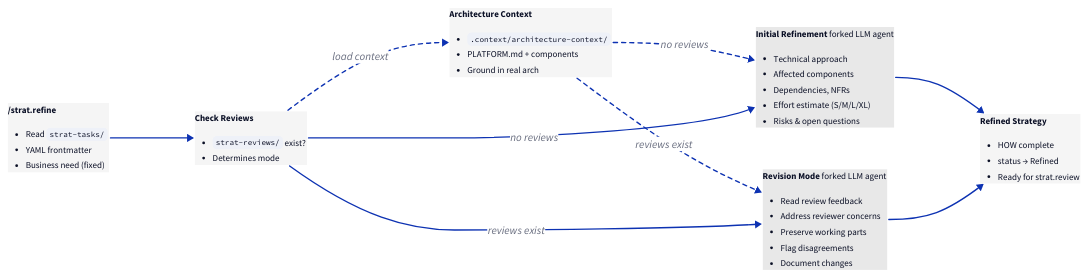
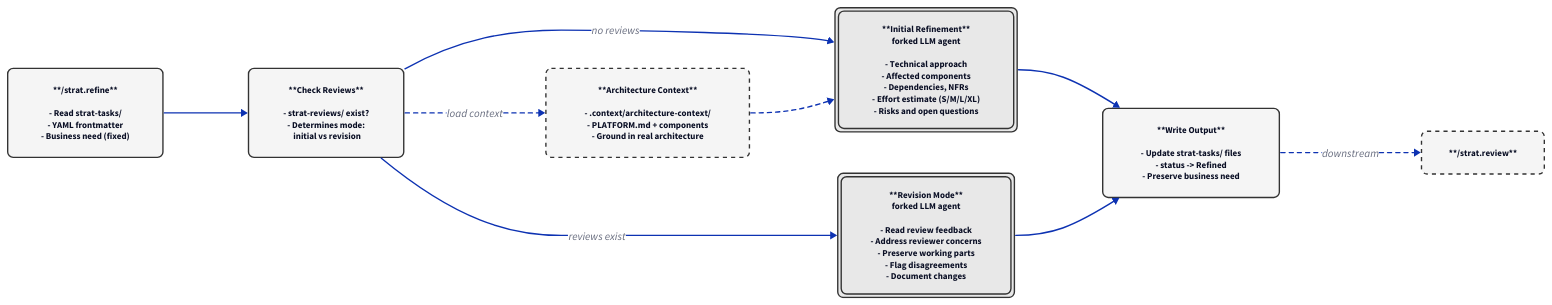
One commit to opendatahub-io/skills-registry changed the diagram in site/docs/plugins/rfe-creator/strat.refine.d2. Above: the diagram before and after it, drawn with D2. The commit also changed 35 other files, not shown here.

First line of the commit message:
Regenerate all rfe-creator diagrams with Unicode fix

```diff
--- a/site/docs/plugins/rfe-creator/strat.refine.d2
+++ b/site/docs/plugins/rfe-creator/strat.refine.d2
@@ -1,80 +1,139 @@
 direction: right
 
 *.style.border-radius: 8
 *.style.font-size: 13
+*.style.fill: "#f5f5f5"
+*.style.stroke: "#333333"
 
 # --- Entry ---
 
 entry: |md
   **/strat.refine**
 
-  - Read `strat-tasks/`
+  - Read strat-tasks/
   - YAML frontmatter
   - Business need (fixed)
-| {style.fill: "#f5f5f5"; style.stroke: "#333333"; style.stroke-width: 2}
+| {
+  shape: rectangle
+  style.fill: "#f5f5f5"
+  style.stroke: "#333333"
+  style.stroke-width: 2
+}
 
 # --- Check for prior reviews ---
 
 check-reviews: |md
   **Check Reviews**
 
-  - `strat-reviews/` exist?
-  - Determines mode
-| {style.fill: "#f5f5f5"; style.stroke: "#333333"; style.stroke-width: 2}
+  - strat-reviews/ exist?
+  - Determines mode:
+    initial vs revision
+| {
+  shape: rectangle
+  style.fill: "#f5f5f5"
+  style.stroke: "#333333"
+  style.stroke-width: 2
+}
 
-# --- Architecture context (optional) ---
+# --- Architecture context ---
 
 arch-context: |md
   **Architecture Context**
 
-  - `.context/architecture-context/`
+  - .context/architecture-context/
   - PLATFORM.md + components
-  - Ground in real arch
-| {style.fill: "#f5f5f5"; style.stroke: "#333333"; style.stroke-width: 1; style.stroke-dash: 3}
+  - Ground in real architecture
+| {
+  shape: rectangle
+  style.fill: "#f5f5f5"
+  style.stroke: "#333333"
+  style.stroke-width: 2
+  style.stroke-dash: 3
+}
 
 # --- Initial refinement ---
 
 initial: |md
   **Initial Refinement**
   forked LLM agent
 
   - Technical approach
   - Affected components
   - Dependencies, NFRs
   - Effort estimate (S/M/L/XL)
-  - Risks & open questions
-| {style.fill: "#e8e8e8"; style.stroke: "#333333"; style.stroke-width: 2}
+  - Risks and open questions
+| {
+  shape: rectangle
+  style.fill: "#e8e8e8"
+  style.stroke: "#333333"
+  style.stroke-width: 2
+  style.double-border: true
+}
 
 # --- Revision mode ---
 
 revision: |md
   **Revision Mode**
   forked LLM agent
 
   - Read review feedback
   - Address reviewer concerns
   - Preserve working parts
   - Flag disagreements
   - Document changes
-| {style.fill: "#e8e8e8"; style.stroke: "#333333"; style.stroke-width: 2}
+| {
+  shape: rectangle
+  style.fill: "#e8e8e8"
+  style.stroke: "#333333"
+  style.stroke-width: 2
+  style.double-border: true
+}
 
 # --- Output ---
 
 output: |md
-  **Refined Strategy**
+  **Write Output**
 
-  - HOW complete
-  - status → Refined
-  - Ready for strat.review
-| {style.fill: "#f5f5f5"; style.stroke: "#999999"; style.stroke-width: 1}
+  - Update strat-tasks/ files
+  - status -> Refined
+  - Preserve business need
+| {
+  shape: rectangle
+  style.fill: "#f5f5f5"
+  style.stroke: "#333333"
+  style.stroke-width: 2
+}
+
+# --- Downstream ---
+
+strat-review: |md
+  **/strat.review**
+| {
+  shape: rectangle
+  style.fill: "#f5f5f5"
+  style.stroke: "#333333"
+  style.stroke-width: 2
+  style.stroke-dash: 3
+}
 
 # --- Edges ---
 
 entry -> check-reviews
-check-reviews -> arch-context: "load context" {style.stroke-dash: 3}
-arch-context -> initial: "no reviews" {style.stroke-dash: 3}
-arch-context -> revision: "reviews exist" {style.stroke-dash: 3}
+
 check-reviews -> initial: "no reviews"
 check-reviews -> revision: "reviews exist"
+
+check-reviews -> arch-context: "load context" {
+  style.stroke-dash: 3
+}
+
+arch-context -> initial: {
+  style.stroke-dash: 3
+}
+
 initial -> output
 revision -> output
+
+output -> strat-review: "downstream" {
+  style.stroke-dash: 3
+}
```
